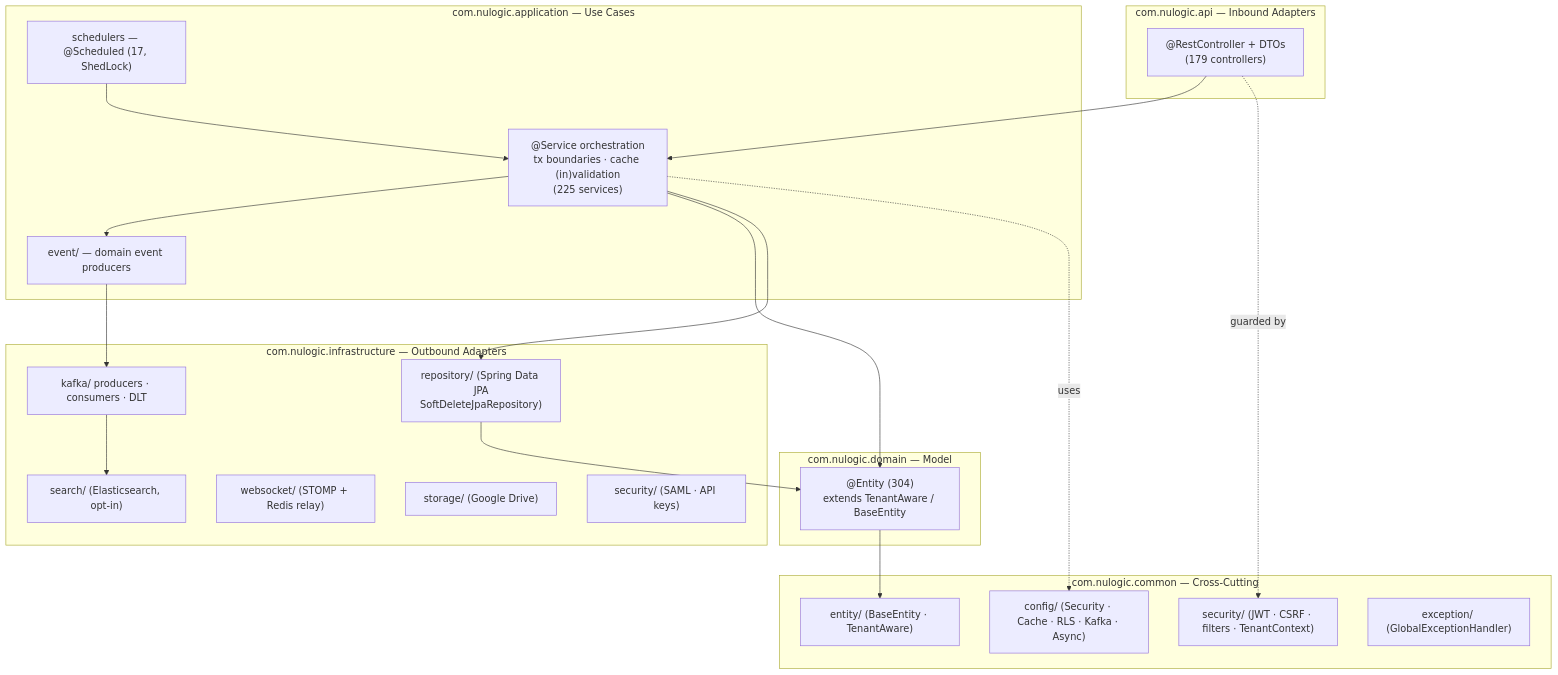
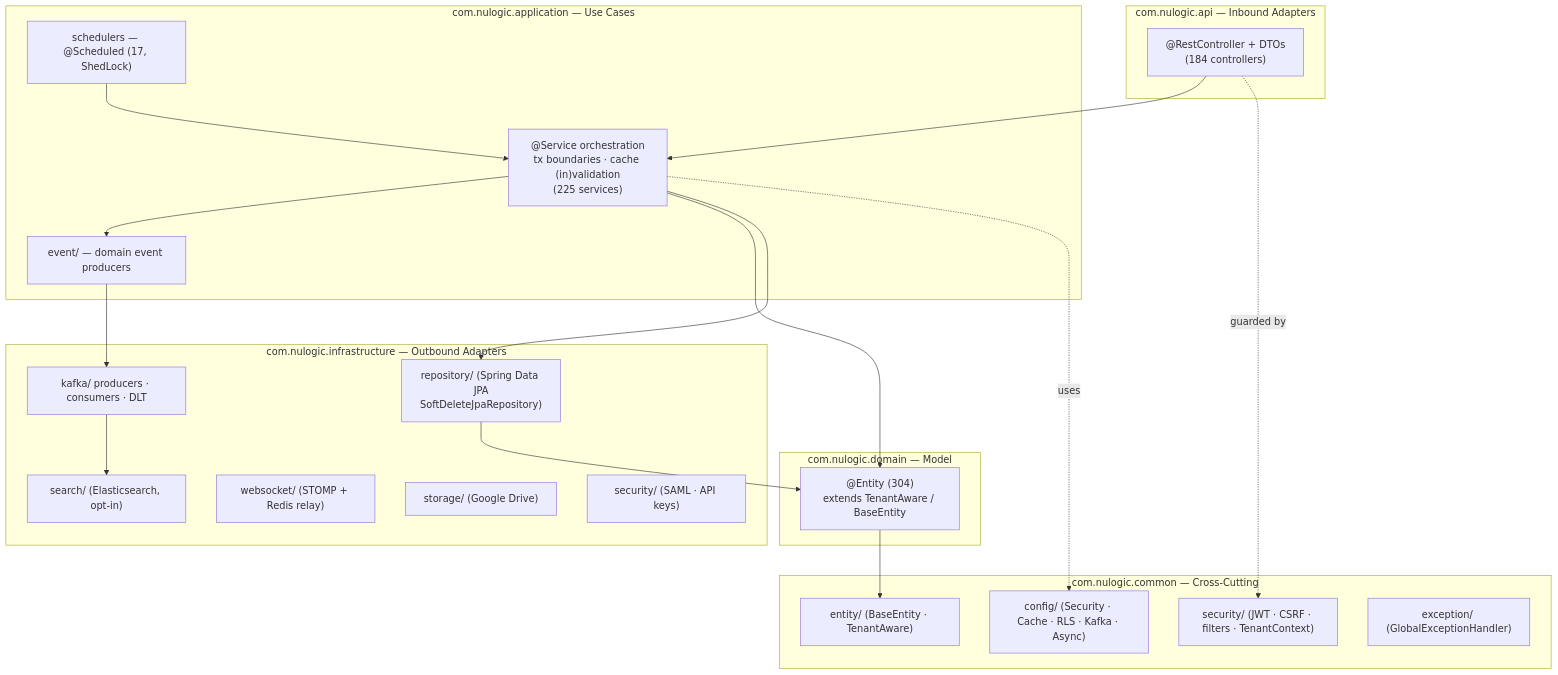
One commit to fayaz30395/nu-aura changed the first of 2 diagrams in docs/obsidian/01-Architecture/C4-Component.md. Above: the diagram before and after it, drawn with Mermaid. The commit also changed other lines of this file and 51 other files, not shown here.

````diff
--- a/docs/obsidian/01-Architecture/C4-Component.md
+++ b/docs/obsidian/01-Architecture/C4-Component.md
@@ -44,40 +44,40 @@
 ```mermaid
 flowchart TD
     subgraph api["com.nulogic.api — Inbound Adapters"]
-        CTRL["@RestController + DTOs<br/>(179 controllers)"]
+        CTRL["@RestController + DTOs<br/>(184 controllers)"]
     end
     subgraph application["com.nulogic.application — Use Cases"]
         SVC["@Service orchestration<br/>tx boundaries · cache (in)validation<br/>(225 services)"]
         EVT["event/ — domain event producers"]
         SCHED["schedulers — @Scheduled (17, ShedLock)"]
     end
     subgraph domain["com.nulogic.domain — Model"]
         ENT["@Entity (304)<br/>extends TenantAware / BaseEntity"]
     end
     subgraph infrastructure["com.nulogic.infrastructure — Outbound Adapters"]
         REPO["repository/ (Spring Data JPA<br/>SoftDeleteJpaRepository)"]
         KAFKA["kafka/ producers · consumers · DLT"]
         SEARCH["search/ (Elasticsearch, opt-in)"]
         WS["websocket/ (STOMP + Redis relay)"]
         STORE["storage/ (Google Drive)"]
         SEC_I["security/ (SAML · API keys)"]
     end
     subgraph common["com.nulogic.common — Cross-Cutting"]
         CFG["config/ (Security · Cache · RLS · Kafka · Async)"]
         SEC_C["security/ (JWT · CSRF · filters · TenantContext)"]
         BASE["entity/ (BaseEntity · TenantAware)"]
         EX["exception/ (GlobalExceptionHandler)"]
     end
 
     CTRL --> SVC
     SVC --> EVT
     SVC --> ENT
     SVC --> REPO
     EVT --> KAFKA
     REPO --> ENT
     KAFKA --> SEARCH
     SCHED --> SVC
     ENT --> BASE
     CTRL -. guarded by .-> SEC_C
     SVC -. uses .-> CFG
 ```
````
